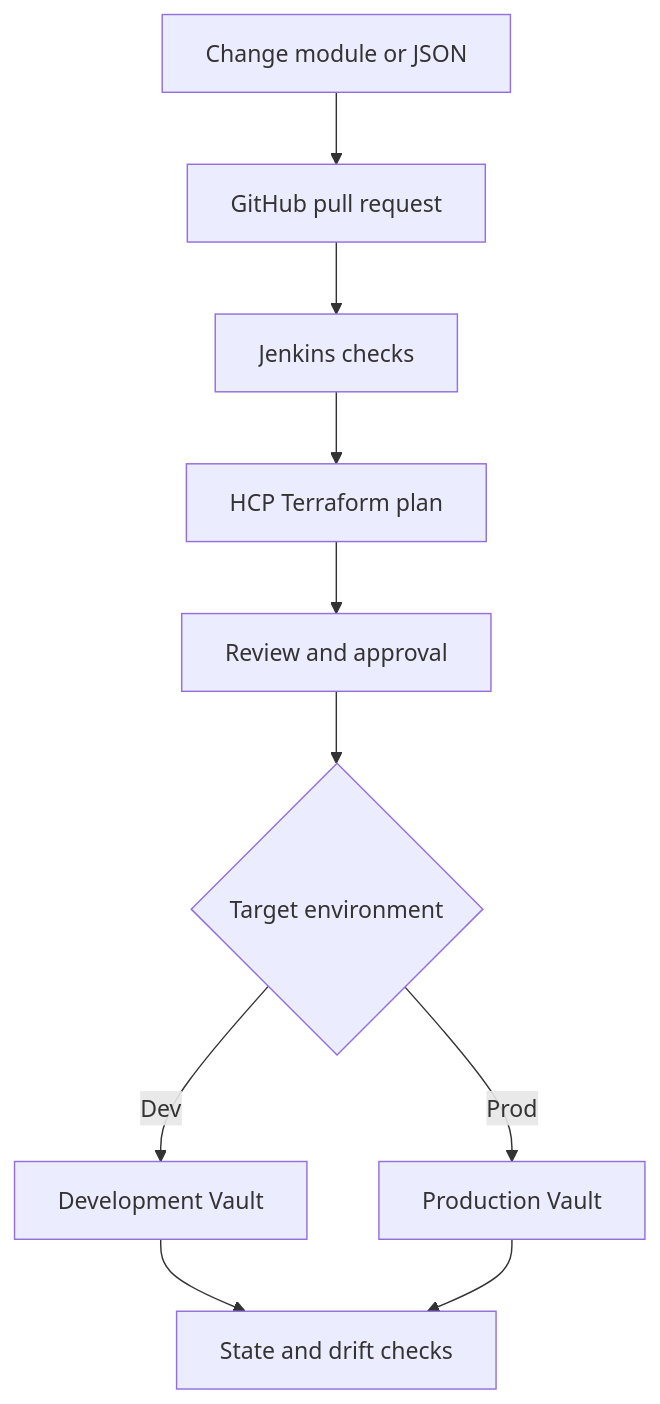
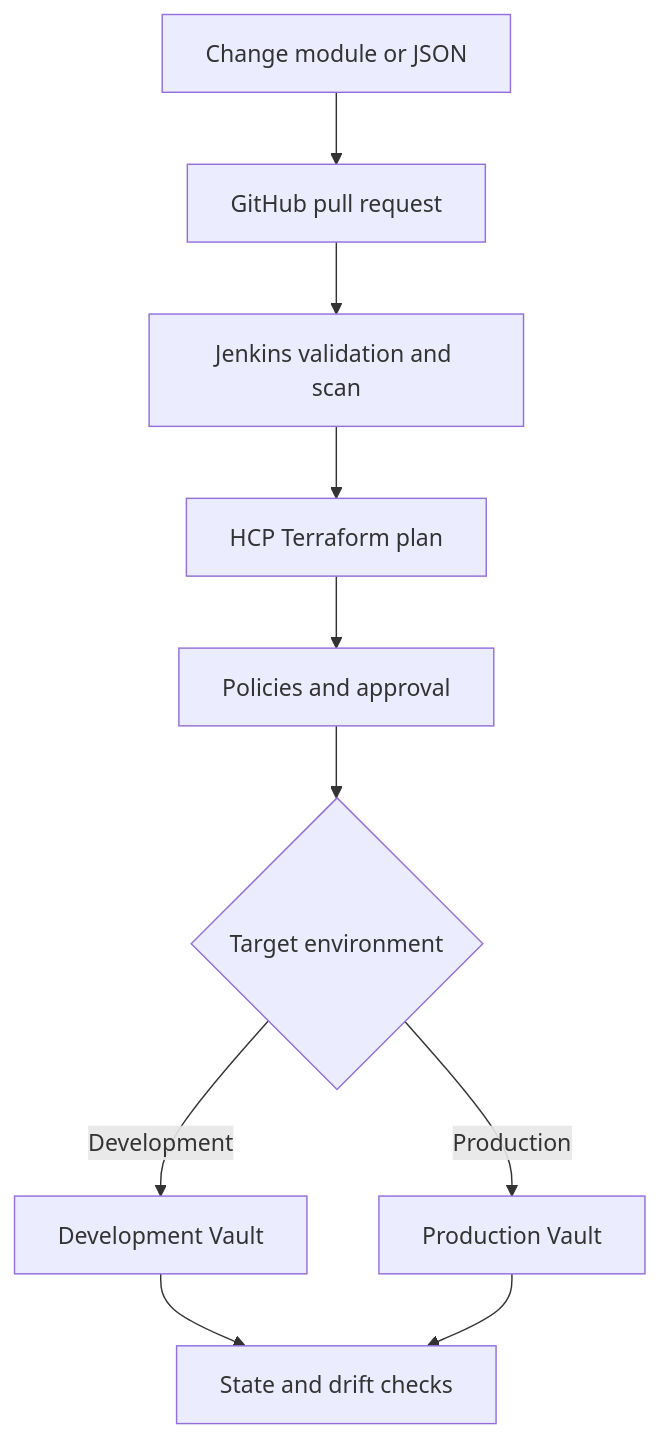
The diagram in README.md (therayy/terraform-ntax), drawn with Mermaid before and after one commit. The commit also changed other lines of this file and 4 other files, not shown here.

````diff
--- a/README.md
+++ b/README.md
@@ -64,12 +146,12 @@
 ```mermaid
 flowchart TD
     A["Change module or JSON"] --> B["GitHub pull request"]
-    B --> C["Jenkins checks"]
+    B --> C["Jenkins validation and scan"]
     C --> D["HCP Terraform plan"]
-    D --> E["Review and approval"]
+    D --> E["Policies and approval"]
     E --> F{"Target environment"}
-    F -->|Dev| G["Development Vault"]
-    F -->|Prod| H["Production Vault"]
+    F -->|Development| G["Development Vault"]
+    F -->|Production| H["Production Vault"]
     G --> I["State and drift checks"]
     H --> I
 ```
````
